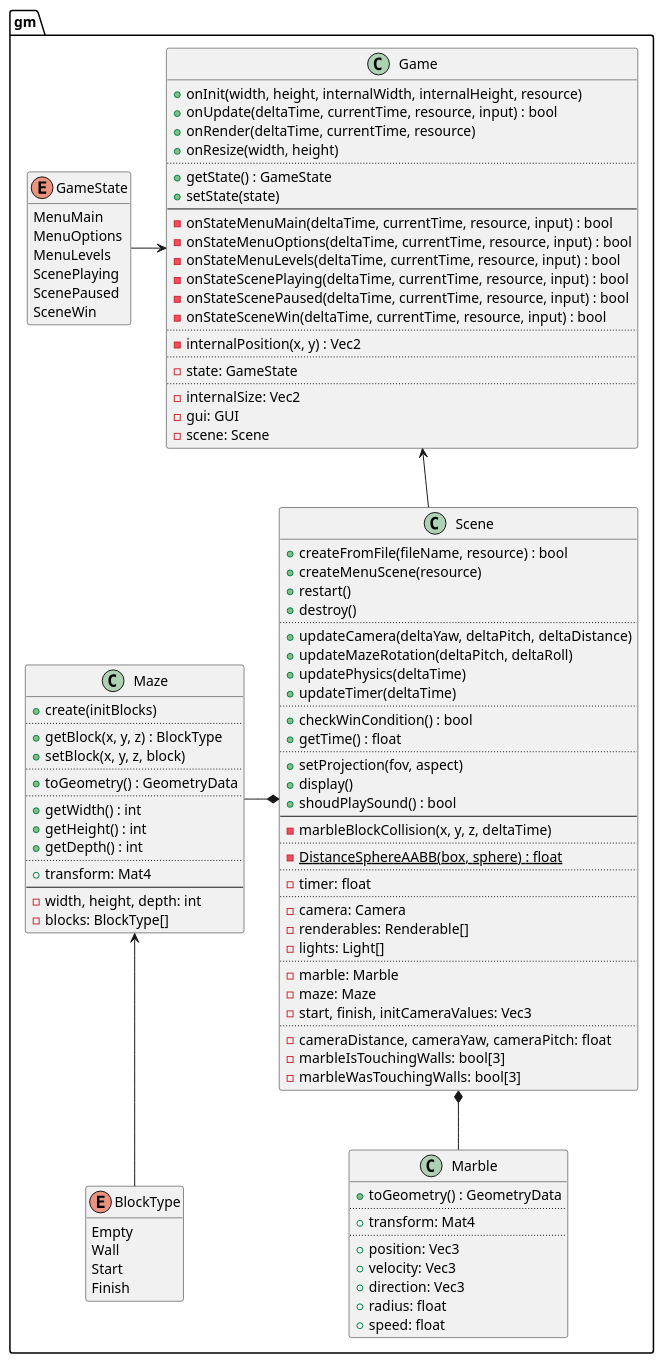
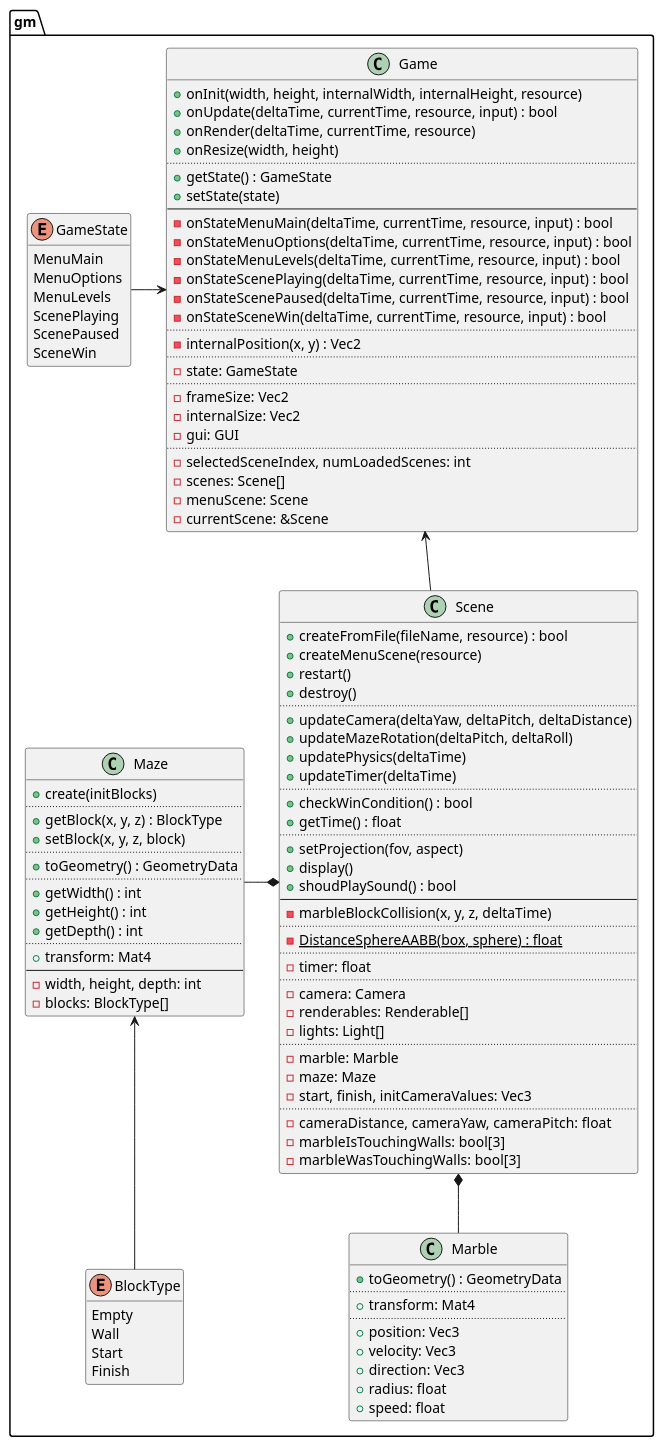
Before and after one commit to ba6er/marblemaze: the diagram in design/uml/gm.puml, drawn with PlantUML. The commit also changed 5 other files, not shown here.

```diff
--- a/design/uml/gm.puml
+++ b/design/uml/gm.puml
@@ -1,122 +1,127 @@
 @startuml
 set separator ::
 
 enum gm::GameState {
 	MenuMain
 	MenuOptions
 	MenuLevels
 	ScenePlaying
 	ScenePaused
 	SceneWin
 }
 hide GameState methods
 
 class gm::Game {
 	+onInit(width, height, internalWidth, internalHeight, resource)
 	+onUpdate(deltaTime, currentTime, resource, input) : bool
 	+onRender(deltaTime, currentTime, resource)
 	+onResize(width, height)
 	..
 	+getState() : GameState
 	+setState(state)
 	--
 	-onStateMenuMain(deltaTime, currentTime, resource, input) : bool
 	-onStateMenuOptions(deltaTime, currentTime, resource, input) : bool
 	-onStateMenuLevels(deltaTime, currentTime, resource, input) : bool
 	-onStateScenePlaying(deltaTime, currentTime, resource, input) : bool
 	-onStateScenePaused(deltaTime, currentTime, resource, input) : bool
 	-onStateSceneWin(deltaTime, currentTime, resource, input) : bool
 	..
 	-internalPosition(x, y) : Vec2
 	..
 	-state: GameState
 	..
+	-frameSize: Vec2
 	-internalSize: Vec2
 	-gui: GUI
-	-scene: Scene
+	..
+	-selectedSceneIndex, numLoadedScenes: int
+	-scenes: Scene[]
+	-menuScene: Scene
+	-currentScene: &Scene
 }
 
 class gm::Scene {
 	+createFromFile(fileName, resource) : bool
 	+createMenuScene(resource)
 	+restart()
 	+destroy()
 	..
 	+updateCamera(deltaYaw, deltaPitch, deltaDistance)
 	+updateMazeRotation(deltaPitch, deltaRoll)
 	+updatePhysics(deltaTime)
 	+updateTimer(deltaTime)
 	..
 	+checkWinCondition() : bool
 	+getTime() : float
 	..
 	+setProjection(fov, aspect)
 	+display()
 	+shoudPlaySound() : bool
 	--
 	-marbleBlockCollision(x, y, z, deltaTime)
 	..
 	{static} -DistanceSphereAABB(box, sphere) : float
 	..
 	-timer: float
 	..
 	-camera: Camera
 	-renderables: Renderable[]
 	-lights: Light[]
 	..
 	-marble: Marble
 	-maze: Maze
 	-start, finish, initCameraValues: Vec3
 	..
 	-cameraDistance, cameraYaw, cameraPitch: float
 	-marbleIsTouchingWalls: bool[3]
 	-marbleWasTouchingWalls: bool[3]
 }
 
 enum gm::BlockType {
 	Empty
 	Wall
 	Start
 	Finish
 }
 hide BlockType methods
 
 class gm::Maze {
 	+create(initBlocks)
 	..
 	+getBlock(x, y, z) : BlockType
 	+setBlock(x, y, z, block)
 	..
 	+toGeometry() : GeometryData
 	..
 	+getWidth() : int
 	+getHeight() : int
 	+getDepth() : int
 	..
 	+transform: Mat4
 	--
 	-width, height, depth: int
 	-blocks: BlockType[]
 }
 
 class gm::Marble {
 	+toGeometry() : GeometryData
 	..
 	+transform: Mat4
 	..
 	+position: Vec3
 	+velocity: Vec3
 	+direction: Vec3
 	+radius: float
 	+speed: float
 }
 
 Maze <-down- BlockType
 
 Scene *-left- Maze
 Scene *-down- Marble
 
 Game <-left- GameState
 Game <-- Scene
 
 @enduml
```
